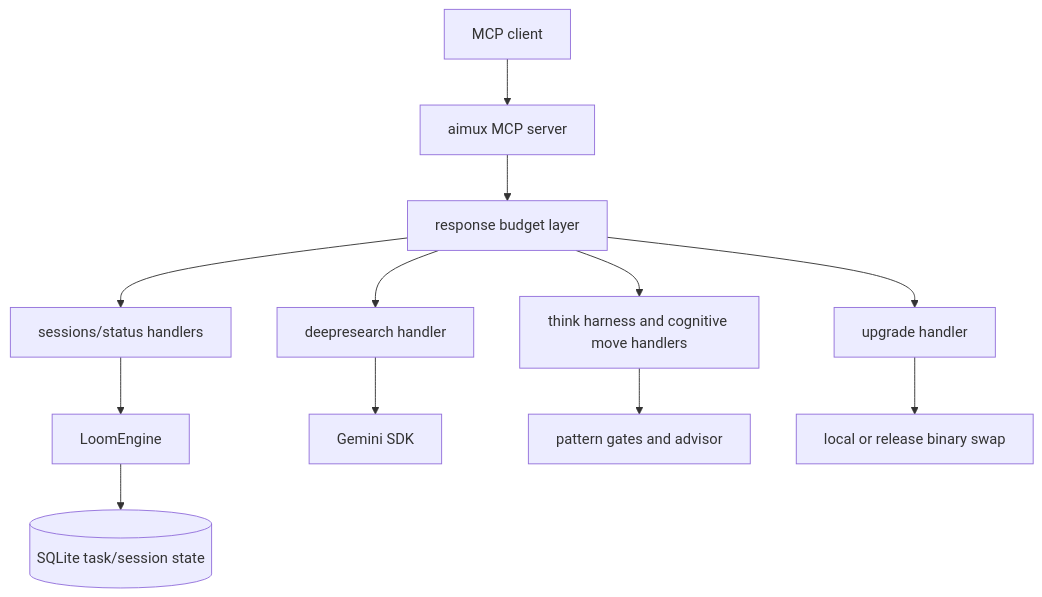
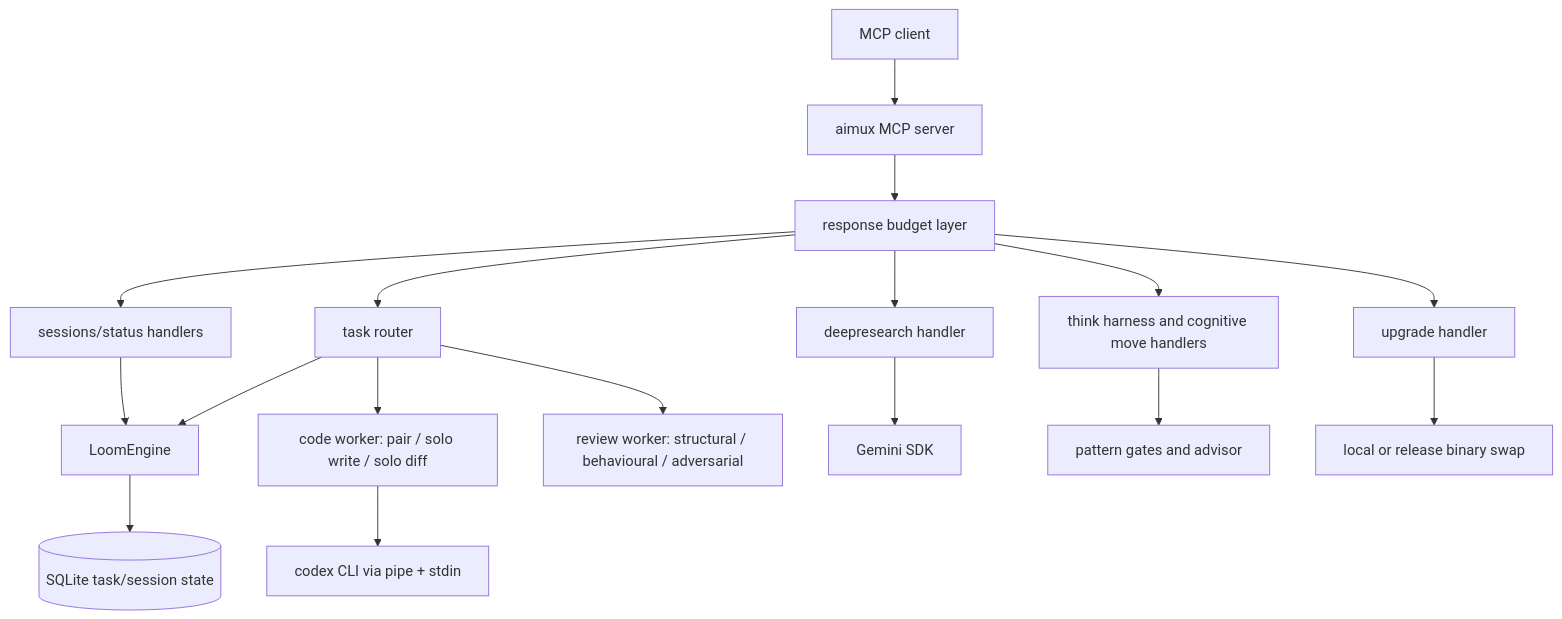
Before and after one commit to thebtf/aimux: the diagram in README.md, drawn with Mermaid. The commit also changed other lines of this file and 1 other file, not shown here.

First line of the commit message:
docs: update README for v5.12.0 task router 3-mode architecture

````diff
--- a/README.md
+++ b/README.md
@@ -164,15 +176,20 @@
 ```mermaid
 flowchart TD
     Client[MCP client] --> Server[aimux MCP server]
     Server --> Budget[response budget layer]
     Budget --> Sessions[sessions/status handlers]
     Budget --> Research[deepresearch handler]
     Budget --> Upgrade[upgrade handler]
     Budget --> Think[think harness and cognitive move handlers]
+    Budget --> Task[task router]
 
     Sessions --> Loom[LoomEngine]
+    Task --> Loom
+    Task --> CodeWorker[code worker: pair / solo write / solo diff]
+    Task --> ReviewWorker[review worker: structural / behavioural / adversarial]
+    CodeWorker --> Codex[codex CLI via pipe + stdin]
     Loom --> SQLite[(SQLite task/session state)]
     Research --> Gemini[Gemini SDK]
     Think --> Gates[pattern gates and advisor]
     Upgrade --> Binary[local or release binary swap]
 ```
````
